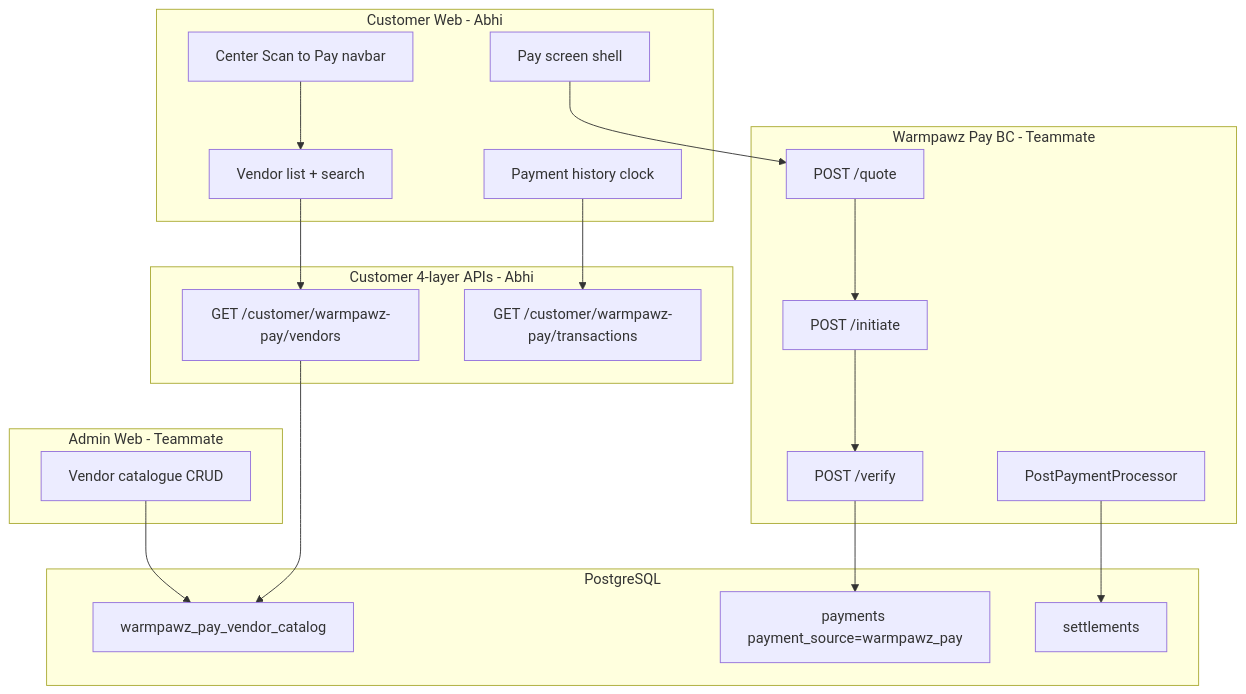
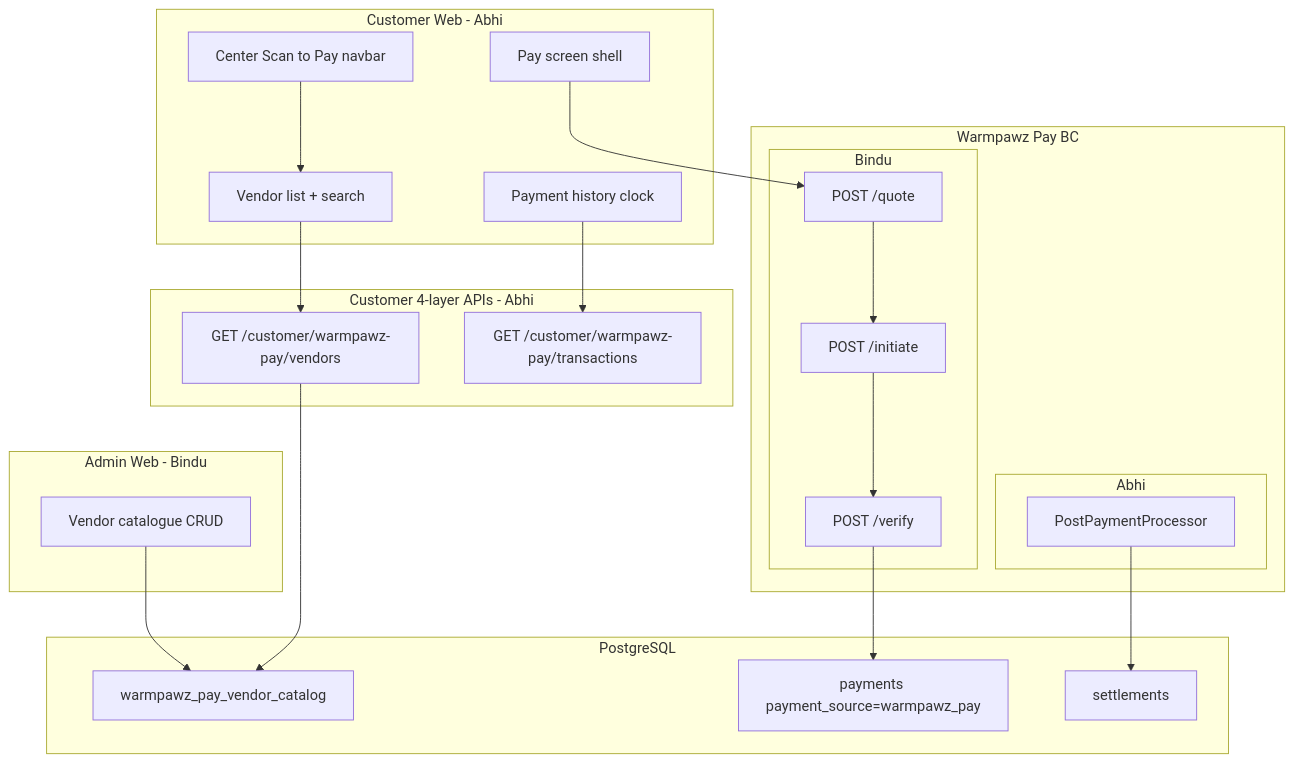
One commit to WhistleFetch-Technologies/warmpawzaws changed the diagram in docs/WARMPAWZ_PAY_SPRINT_PLAN.md. Above: the diagram before and after it, drawn with Mermaid. The commit also changed other lines of this file, not shown here.

First line of the commit message:
Assign Warmpawz Pay merge order: Bindu 1-3, Abhi 4-6.

````diff
--- a/docs/WARMPAWZ_PAY_SPRINT_PLAN.md
+++ b/docs/WARMPAWZ_PAY_SPRINT_PLAN.md
@@ -376,40 +378,44 @@
 ```mermaid
 flowchart TB
   subgraph customerApp [Customer Web - Abhi]
     Nav[Center Scan to Pay navbar]
     List[Vendor list + search]
     History[Payment history clock]
     PayShell[Pay screen shell]
   end
 
   subgraph customerAPI [Customer 4-layer APIs - Abhi]
     VendorsGET["GET /customer/warmpawz-pay/vendors"]
     TxGET["GET /customer/warmpawz-pay/transactions"]
   end
 
-  subgraph adminApp [Admin Web - Teammate]
+  subgraph adminApp [Admin Web - Bindu]
     Catalogue[Vendor catalogue CRUD]
   end
 
-  subgraph wpayBC [Warmpawz Pay BC - Teammate]
-    Quote[POST /quote]
-    Initiate[POST /initiate]
-    Verify[POST /verify]
-    PostProc[PostPaymentProcessor]
+  subgraph wpayBC [Warmpawz Pay BC]
+    subgraph binduFlow [Bindu]
+      Quote[POST /quote]
+      Initiate[POST /initiate]
+      Verify[POST /verify]
+    end
+    subgraph abhiFlow [Abhi]
+      PostProc[PostPaymentProcessor]
+    end
   end
 
   subgraph data [PostgreSQL]
     CatalogTable[warmpawz_pay_vendor_catalog]
     Payments[payments payment_source=warmpawz_pay]
     Settlements[settlements]
   end
 
   Nav --> List
   List --> VendorsGET
   History --> TxGET
   PayShell --> Quote --> Initiate --> Verify
   Catalogue --> CatalogTable
   VendorsGET --> CatalogTable
   Verify --> Payments
   PostProc --> Settlements
 ```
````
